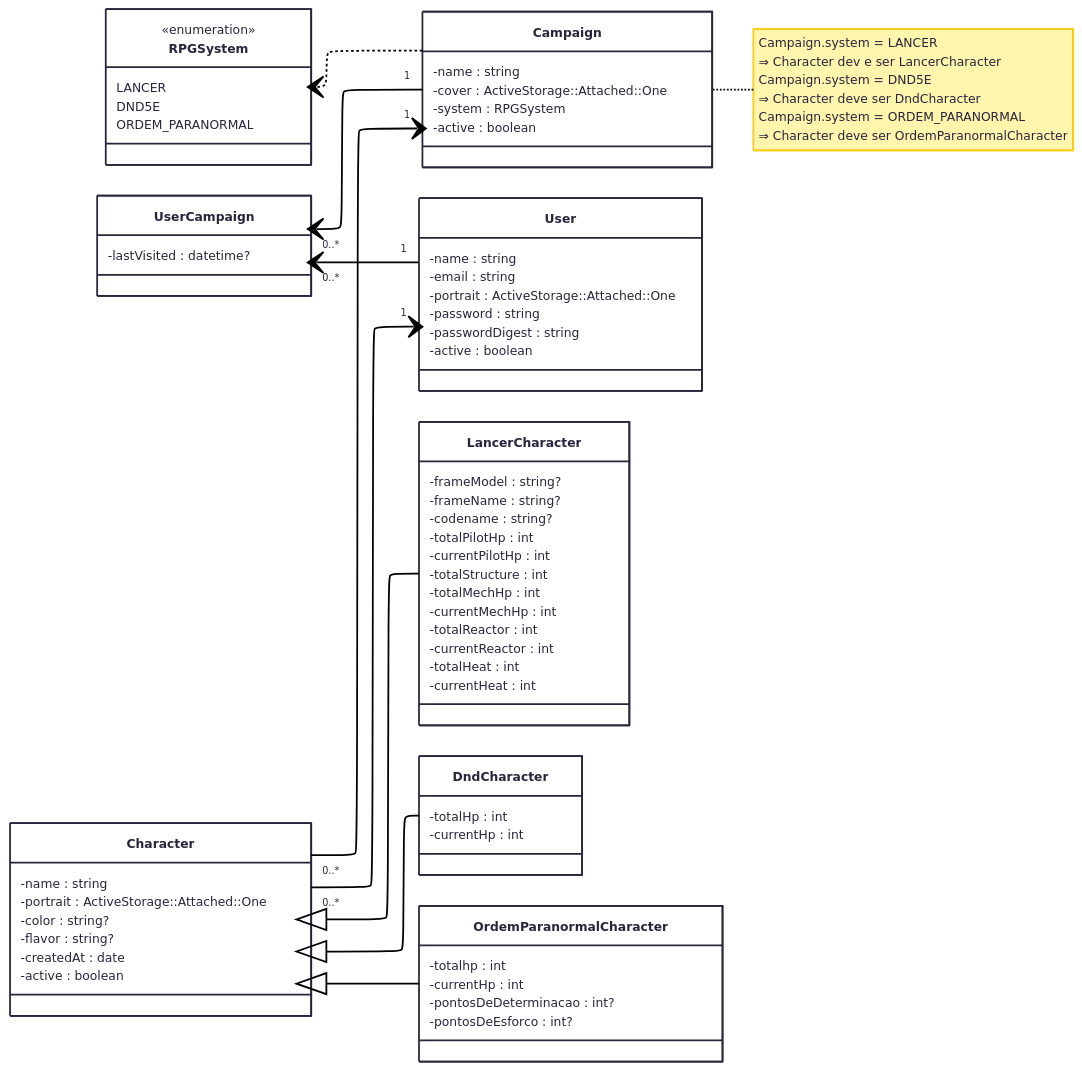
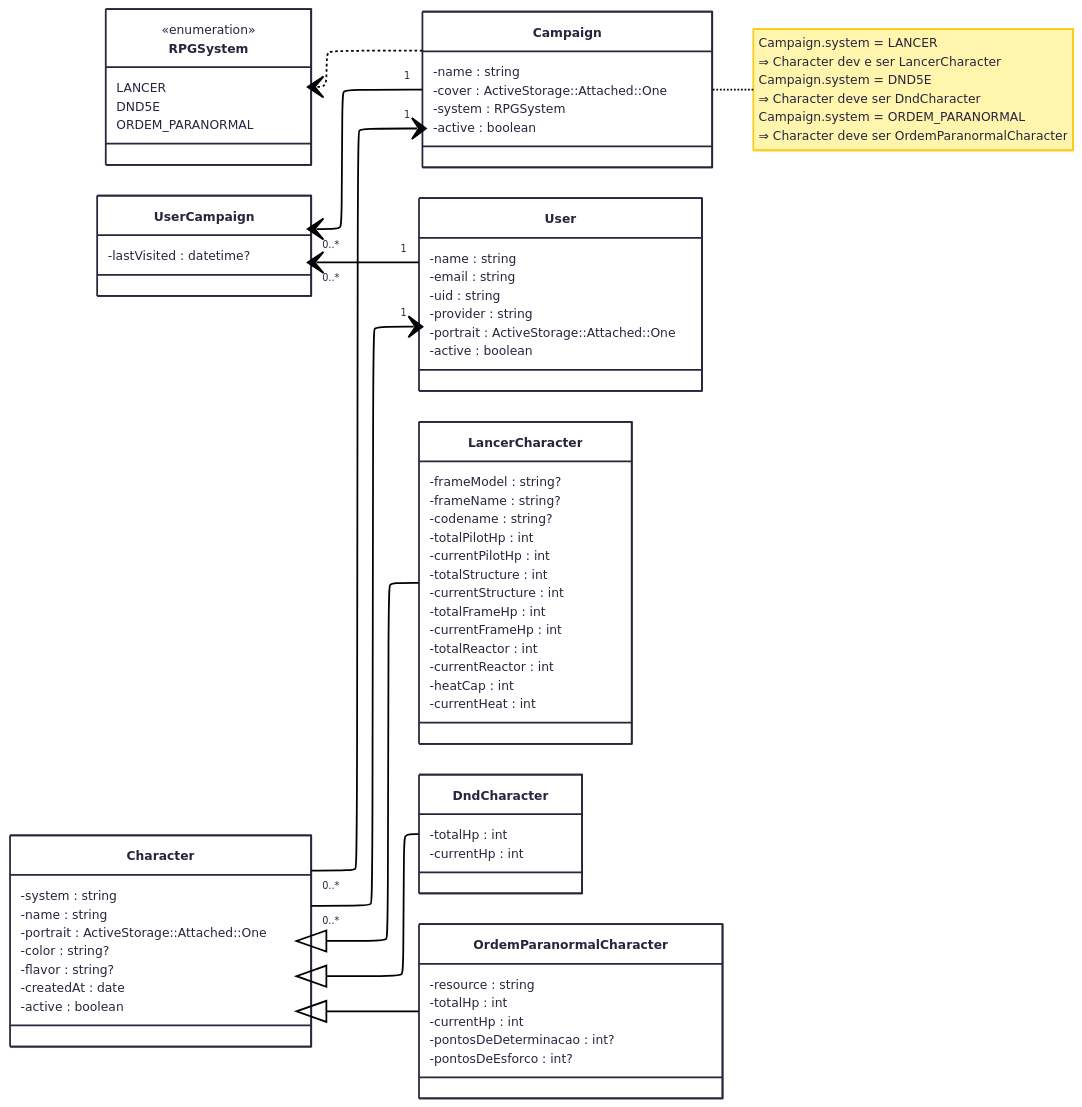
One commit to SasaDeAraki/icosaedro-magico-dashboard-api changed the diagram in UML.md. Above: the diagram before and after it, drawn with Mermaid.

Commit message:
docs: uml update

```diff
--- a/UML.md
+++ b/UML.md
@@ -34,9 +34,9 @@
     class User {
         -name : string
 	    -email : string
+        -uid : string
+        -provider : string
         -portrait : ActiveStorage::Attached::One
-	    -password : string
-        -passwordDigest : string
         -active : boolean
     }
 
@@ -45,6 +45,7 @@
     }
 
     class Character {
+        -system : string
 	    -name : string
         -portrait : ActiveStorage::Attached::One
 	    -color : string?
@@ -60,11 +61,12 @@
 	    -totalPilotHp : int
 	    -currentPilotHp : int
 	    -totalStructure : int
-	    -totalMechHp : int
-	    -currentMechHp : int
+        -currentStructure : int
+	    -totalFrameHp : int
+	    -currentFrameHp : int
 	    -totalReactor : int
 	    -currentReactor : int
-	    -totalHeat : int
+	    -heatCap : int
 	    -currentHeat : int
     }
 
@@ -74,7 +76,8 @@
     }
 
     class OrdemParanormalCharacter {
-	    -totalhp : int
+        -resource : string
+	    -totalHp : int
 	    -currentHp : int
 	    -pontosDeDeterminacao : int?
 	    -pontosDeEsforco : int?
```
